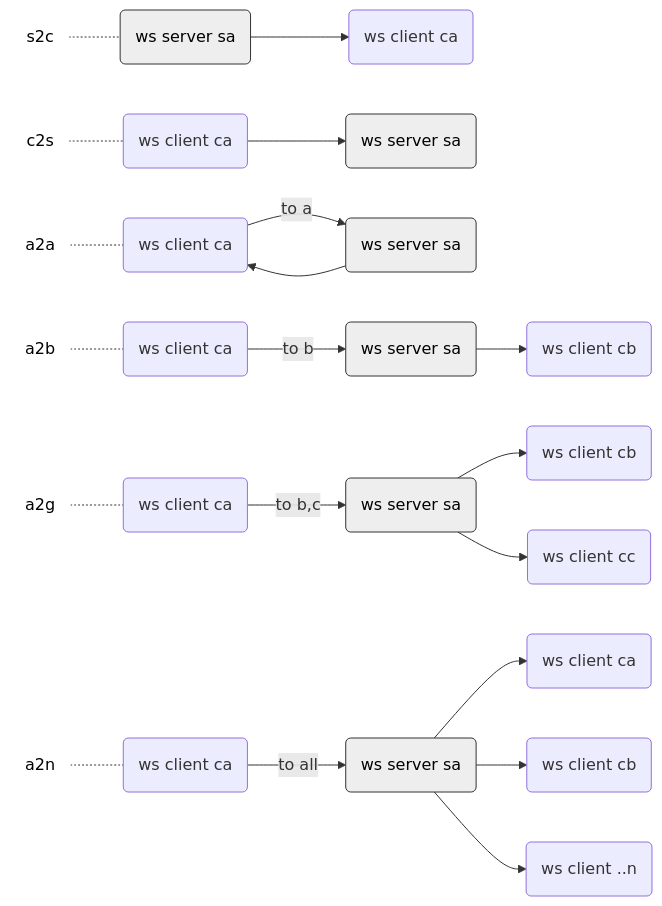
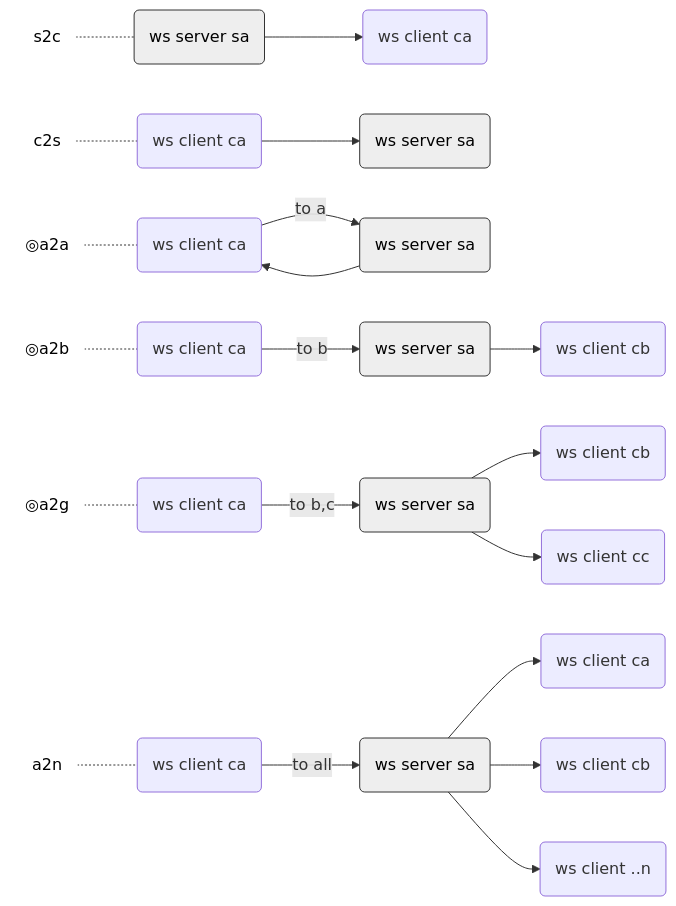
The second of 7 diagrams in README.md (toshirot/w2w), drawn with Mermaid before and after one commit. The commit also changed other lines of this file, not shown here.

````diff
--- a/README.md
+++ b/README.md
@@ -121,62 +121,62 @@
 ```mermaid
 flowchart LR
 
     %%single_type1
         text_s2c("s2c"):::class_text_min
         single_type1c(ws client ca) 
         single_type1s(ws server sa):::class_server
             text_s2c -.- single_type1s
             single_type1s --> single_type1c 
 
     %%single_type2
         text_c2s(c2s):::class_text_min
         single_type2c(ws client ca) 
         single_type2s(ws server sa):::class_server
             text_c2s -.- single_type2c
             single_type2c --> single_type2s
 
     %%single_type3
-        text_a2a("a2a"):::class_text_min
+        text_a2a("◎a2a"):::class_text_min
         single_type3c(ws client ca) 
         single_type3s(ws server sa):::class_server
             text_a2a -.- single_type3c
             single_type3c --> |to a| single_type3s --> single_type3c
 
     %%single_type4
-        text_a2b("a2b"):::class_text_min
+        text_a2b("◎a2b"):::class_text_min
         single_type4c1(ws client ca) 
         single_type4s1(ws server sa):::class_server 
         single_type4c2(ws client cb)
             text_a2b -.- single_type4c1
             single_type4c1 -->  |to b| single_type4s1 --> single_type4c2
 
     %%single_type6
-        text_a2g("a2g"):::class_text_min
+        text_a2g("◎a2g"):::class_text_min
         single_type6c1(ws client ca) 
         single_type6s1(ws server sa):::class_server 
         single_type6c3(ws client cb) 
         single_type6c4(ws client cc) 
             text_a2g -.- single_type6c1
             single_type6c1 --> |to b,c| single_type6s1 
                         single_type6s1 --> single_type6c3
                         single_type6s1 --> single_type6c4
                         
     %%single_type5
         text_a2n(a2n):::class_text_min
         single_type5c1(ws client ca) 
         single_type5s1(ws server sa):::class_server 
         single_type5c2(ws client ca) 
         single_type5c3(ws client cb) 
         single_type5c4(ws client ..n) 
             text_a2n -.- single_type5c1
             single_type5c1 --> |to all| single_type5s1 -->single_type5c2
                         single_type5s1 --> single_type5c3
                         single_type5s1 --> single_type5c4
 
 
 
 
 classDef class_server fill:#eee,color:#000,stroke:#333
 classDef class_text fill:#fff,color:#000,stroke:#fff,margin:0
 classDef class_text_min fill:#fff,color:#000,stroke:#fff,margin:0
 ```
````
